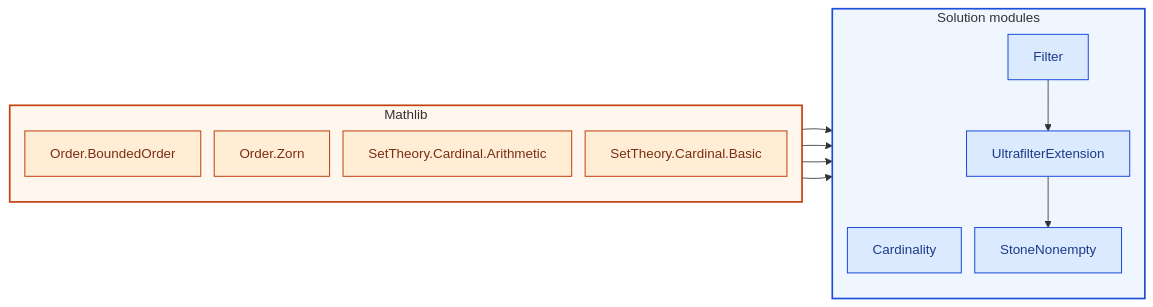
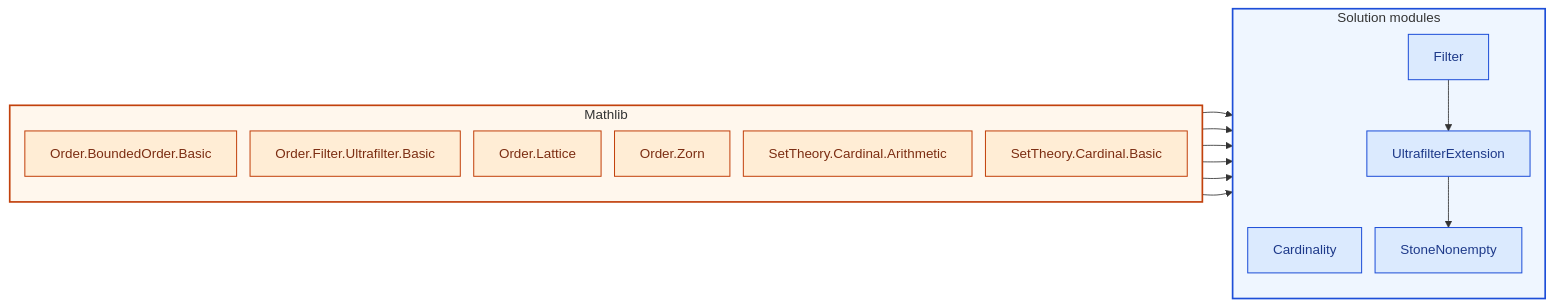
The diagram in courses/21-329.md (catskillsresearch/fabbro), drawn with Mermaid before and after one commit. The commit also changed other lines of this file and 89 other files, not shown here.

````diff
--- a/courses/21-329.md
+++ b/courses/21-329.md
@@ -23,31 +24,35 @@
 ```mermaid
 %%{init: {"flowchart": {"htmlLabels": false, "nodeSpacing": 16, "rankSpacing": 36}}}%%
 flowchart LR
   classDef course fill:#dbeafe,stroke:#1d4ed8,color:#1e3a8a,stroke-width:1.2px
   classDef mathlib fill:#ffedd5,stroke:#c2410c,color:#7c2d12,stroke-width:1.2px
 
   subgraph ML["Mathlib"]
     direction TB
     style ML fill:#fff7ed,stroke:#c2410c,stroke-width:2px
-    LOrderBoundedOrder["Order.BoundedOrder"]:::mathlib
+    LOrderBoundedOrderBasic["Order.BoundedOrder.Basic"]:::mathlib
+    LOrderFilterUltrafilterBasic["Order.Filter.Ultrafilter.Basic"]:::mathlib
+    LOrderLattice["Order.Lattice"]:::mathlib
     LOrderZorn["Order.Zorn"]:::mathlib
     LSetTheoryCardinalArithmetic["SetTheory.Cardinal.Arithmetic"]:::mathlib
     LSetTheoryCardinalBasic["SetTheory.Cardinal.Basic"]:::mathlib
   end
 
   subgraph SOL["Solution modules"]
     direction TB
     style SOL fill:#eff6ff,stroke:#1d4ed8,stroke-width:2px
     MCardinality["Cardinality"]:::course
     MFilter["Filter"]:::course
     MStoneNonempty["StoneNonempty"]:::course
     MUltrafilterExtension["UltrafilterExtension"]:::course
   end
 
+  LSetTheoryCardinalBasic --> MCardinality
   LSetTheoryCardinalArithmetic --> MCardinality
-  LSetTheoryCardinalBasic --> MCardinality
-  LOrderBoundedOrder --> MFilter
+  LOrderBoundedOrderBasic --> MFilter
+  LOrderLattice --> MFilter
+  LOrderFilterUltrafilterBasic --> MFilter
   MUltrafilterExtension --> MStoneNonempty
   LOrderZorn --> MUltrafilterExtension
   MFilter --> MUltrafilterExtension
 ```
````
